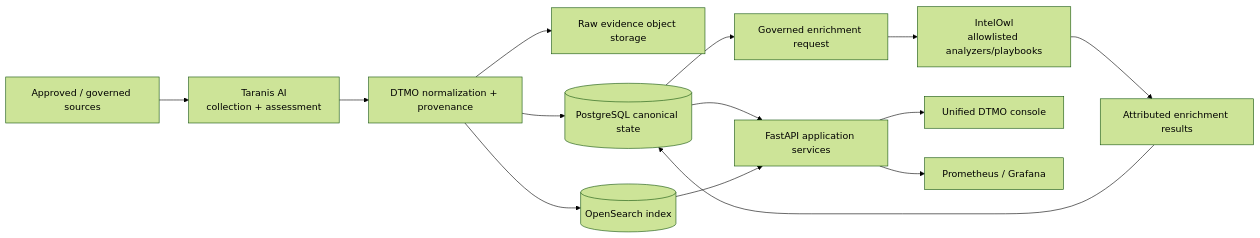
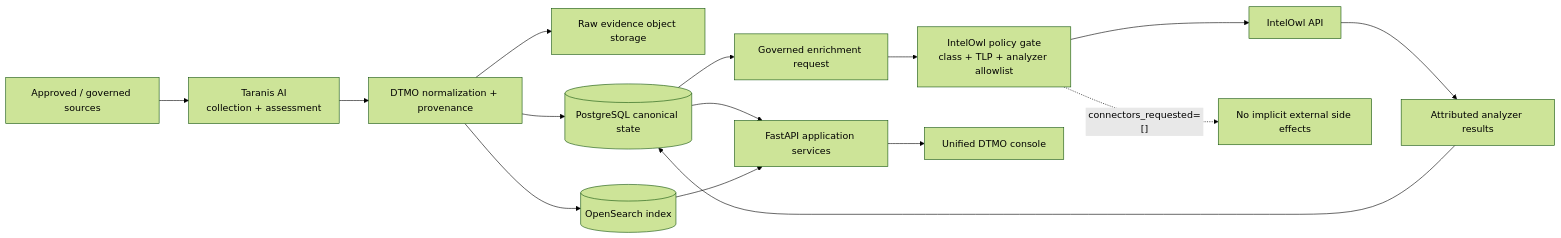
Before and after one commit to GJvManen/dtmo: the diagram in README.md, drawn with Mermaid (forest theme). The commit also changed other lines of this file, not shown here.

Commit message:
docs: advance README to IntelOwl adapter validation

````diff
--- a/README.md
+++ b/README.md
@@ -51,16 +43,17 @@
 ```mermaid
 flowchart LR
     S[Approved / governed sources] --> TAR[Taranis AI\ncollection + assessment]
     TAR --> N[DTMO normalization + provenance]
     N --> O[Raw evidence object storage]
     N --> P[(PostgreSQL canonical state)]
     N --> X[(OpenSearch index)]
     P --> ENR[Governed enrichment request]
-    ENR --> OWL[IntelOwl\nallowlisted analyzers/playbooks]
-    OWL --> ER[Attributed enrichment results]
+    ENR --> G[IntelOwl policy gate\nclass + TLP + analyzer allowlist]
+    G --> OWL[IntelOwl API]
+    OWL --> ER[Attributed analyzer results]
     ER --> P
+    G -. connectors_requested=[] .-> NO[No implicit external side effects]
     P --> API[FastAPI application services]
     X --> API
     API --> UI[Unified DTMO console]
-    API --> OBS[Prometheus / Grafana]
 ```
````
